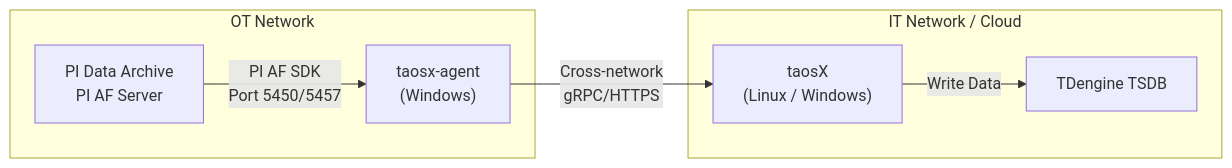
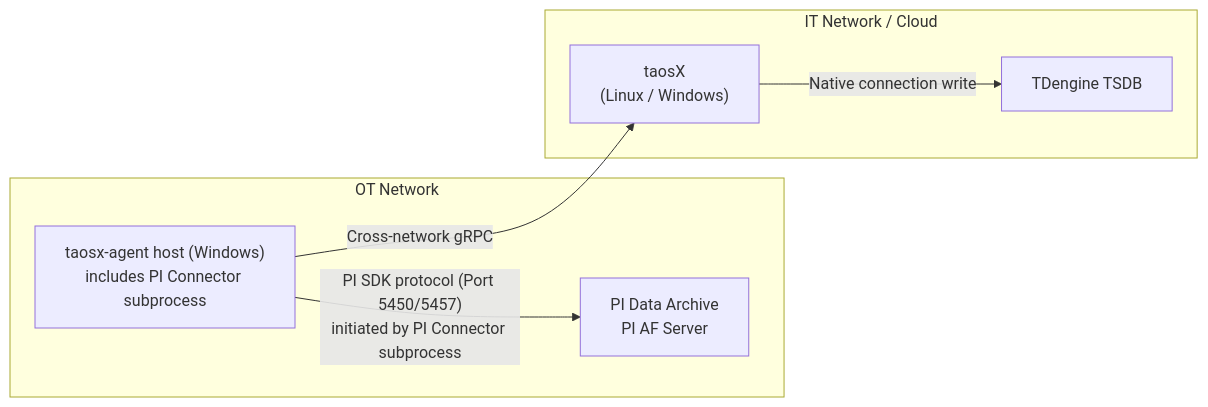
One commit to taosdata/TDengine changed the second of 3 diagrams in docs/en/06-advanced/05-data-in/03-pi/02-deployment-architecture.md. Above: the diagram before and after it, drawn with Mermaid. The commit also changed other lines of this file and 7 other files, not shown here.

````diff
--- a/docs/en/06-advanced/05-data-in/03-pi/02-deployment-architecture.md
+++ b/docs/en/06-advanced/05-data-in/03-pi/02-deployment-architecture.md
@@ -50,14 +50,14 @@
 ```mermaid
 graph LR
     subgraph OT["OT Network"]
         PI["PI Data Archive<br/>PI AF Server"]
-        AG["taosx-agent<br/>(Windows)"]
+        AG["taosx-agent host (Windows)<br/>includes PI Connector subprocess"]
     end
     subgraph IT["IT Network / Cloud"]
         TX["taosX<br/>(Linux / Windows)"]
         TD["TDengine TSDB"]
     end
-    PI -- "PI AF SDK<br/>Port 5450/5457" --> AG
-    AG -- "Cross-network<br/>gRPC/HTTPS" --> TX
-    TX -- "Write Data" --> TD
+    AG -- "PI SDK protocol (Port 5450/5457)<br/>initiated by PI Connector subprocess" --> PI
+    AG -- "Cross-network gRPC" --> TX
+    TX -- "Native connection write" --> TD
 ```
````
